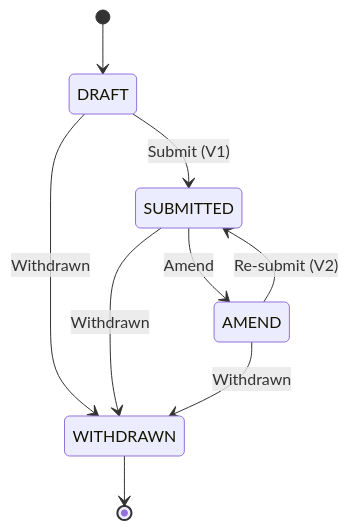
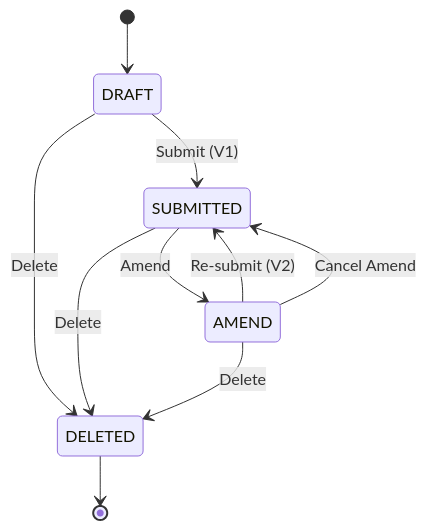
The diagram in tools/JsonSchemaToCSharp/schemas/profiles/imports/gb/gbn-ag-state-transitions.md (DEFRA/trade-gateway), drawn with Mermaid before and after one commit. The commit also changed other lines of this file and 45 other files, not shown here.

First line of the commit message:
CDMS-1683: Sync JSON schemas with trade-imports-schemas

````diff
--- a/tools/JsonSchemaToCSharp/schemas/profiles/imports/gb/gbn-ag-state-transitions.md
+++ b/tools/JsonSchemaToCSharp/schemas/profiles/imports/gb/gbn-ag-state-transitions.md
@@ -38,11 +41,12 @@
 ```mermaid
 stateDiagram-v2
     [*] --> DRAFT
     DRAFT --> SUBMITTED: Submit (V1)
-    DRAFT --> WITHDRAWN: Withdrawn
+    DRAFT --> DELETED: Delete
     SUBMITTED --> AMEND: Amend
-    SUBMITTED --> WITHDRAWN: Withdrawn
+    SUBMITTED --> DELETED: Delete
     AMEND --> SUBMITTED: Re-submit (V2)
-    AMEND --> WITHDRAWN: Withdrawn
-    WITHDRAWN --> [*]
+    AMEND --> SUBMITTED: Cancel Amend
+    AMEND --> DELETED: Delete
+    DELETED --> [*]
 ```
````
